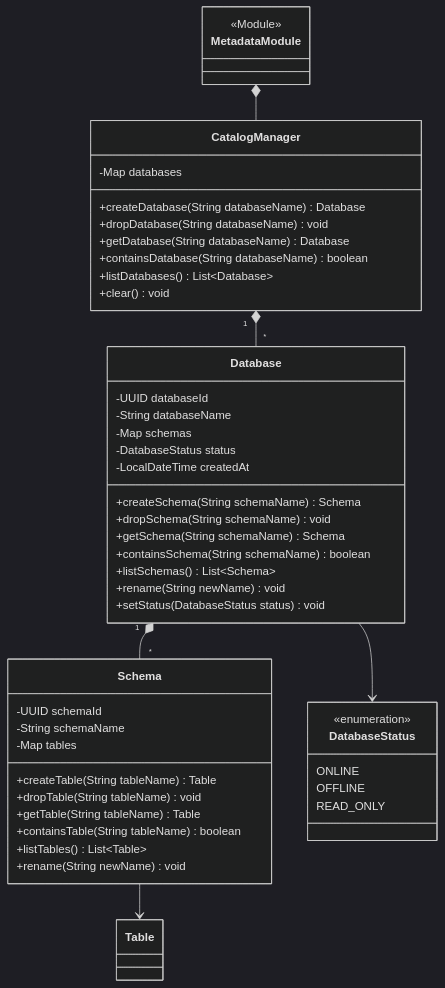
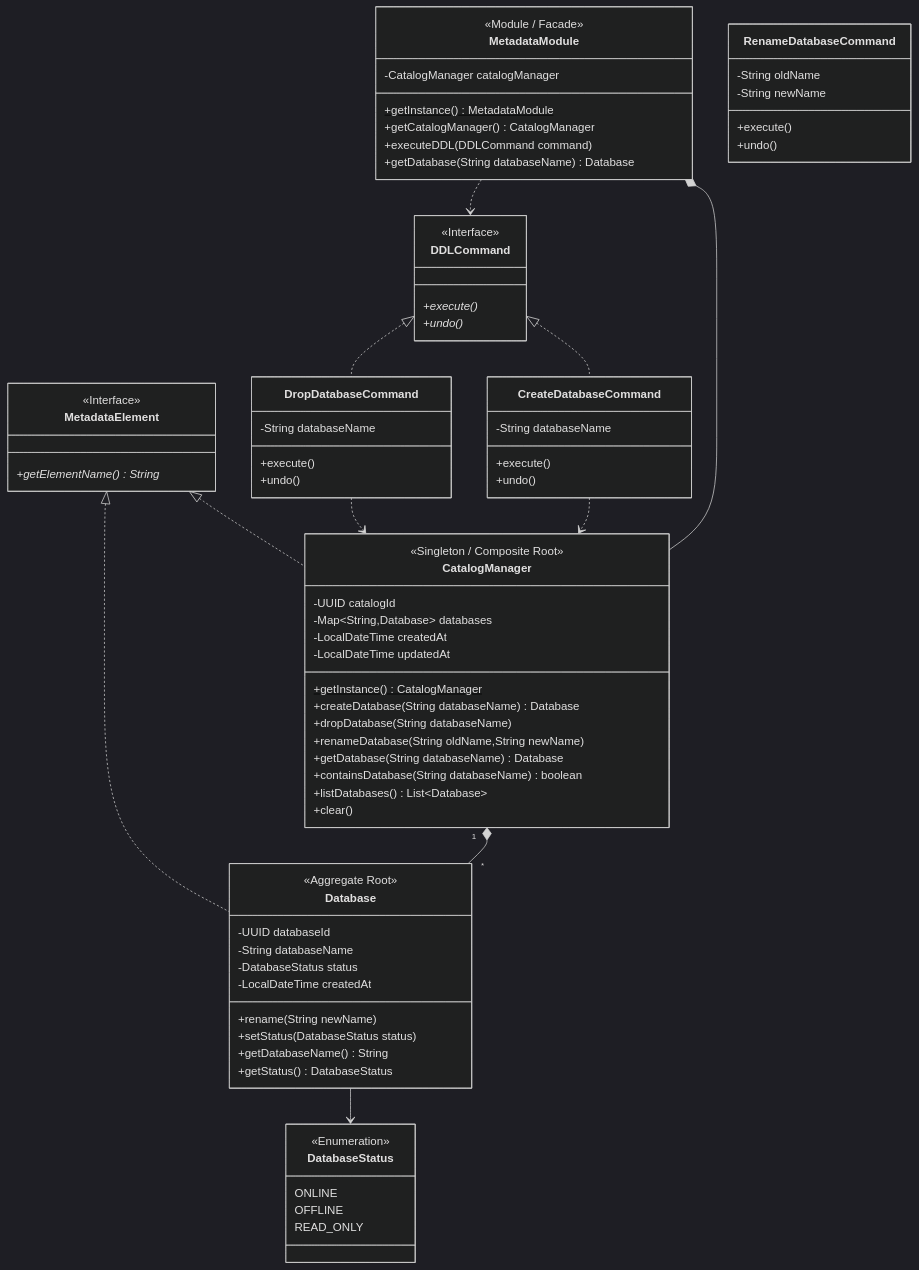
The diagram in docs/class_diagram/metadata/detail/Catalog.md (Dikhang1112/Database_Management_BBV), drawn with Mermaid (dark theme) before and after one commit. The commit also changed 7 other files, not shown here.

Commit message:
Implement class diagram for metadata - database object

````diff
--- a/docs/class_diagram/metadata/detail/Catalog.md
+++ b/docs/class_diagram/metadata/detail/Catalog.md
@@ -2,90 +2,137 @@
 classDiagram
     direction TD
 
-    %% =====================================================
-    %% METADATA MODULE
-    %% =====================================================
+%% =====================================================
+%% METADATA MODULE (FACADE)
+%% =====================================================
 
     class MetadataModule{
-        <<Module>>
-    }
+<<Module / Facade>>
 
-    %% =====================================================
-    %% CATALOG MANAGER
-    %% =====================================================
+-CatalogManager catalogManager
 
-    class CatalogManager{
-        -Map<String, Database> databases
++getInstance() MetadataModule$
++getCatalogManager() CatalogManager
++executeDDL(DDLCommand command)
++getDatabase(String databaseName) Database
+}
 
-        +createDatabase(String databaseName) Database
-        +dropDatabase(String databaseName) void
-        +getDatabase(String databaseName) Database
-        +containsDatabase(String databaseName) boolean
-        +listDatabases() List~Database~
-        +clear() void
-    }
+%% =====================================================
+%% CATALOG MANAGER (AGGREGATE ROOT)
+%% =====================================================
 
-    %% =====================================================
-    %% DATABASE
-    %% =====================================================
+class CatalogManager{
+<<Singleton / Composite Root>>
 
-    class Database{
-        -UUID databaseId
-        -String databaseName
-        -Map<String, Schema> schemas
-        -DatabaseStatus status
-        -LocalDateTime createdAt
+-UUID catalogId
+-Map~String,Database~ databases
+-LocalDateTime createdAt
+-LocalDateTime updatedAt
 
-        +createSchema(String schemaName) Schema
-        +dropSchema(String schemaName) void
-        +getSchema(String schemaName) Schema
-        +containsSchema(String schemaName) boolean
-        +listSchemas() List~Schema~
++getInstance() CatalogManager$
++createDatabase(String databaseName) Database
++dropDatabase(String databaseName)
++renameDatabase(String oldName,String newName)
++getDatabase(String databaseName) Database
++containsDatabase(String databaseName) boolean
++listDatabases() List~Database~
++clear()
+}
 
-        +rename(String newName) void
-        +setStatus(DatabaseStatus status) void
-    }
+%% =====================================================
+%% DATABASE (AGGREGATE REFERENCE)
+%% =====================================================
 
-    %% =====================================================
-    %% SCHEMA
-    %% =====================================================
+class Database{
+<<Aggregate Root>>
 
-    class Schema{
-        -UUID schemaId
-        -String schemaName
-        -Map<String, Table> tables
+-UUID databaseId
+-String databaseName
+-DatabaseStatus status
+-LocalDateTime createdAt
 
-        +createTable(String tableName) Table
-        +dropTable(String tableName) void
-        +getTable(String tableName) Table
-        +containsTable(String tableName) boolean
-        +listTables() List~Table~
++rename(String newName)
++setStatus(DatabaseStatus status)
++getDatabaseName() String
++getStatus() DatabaseStatus
+}
 
-        +rename(String newName) void
-    }
+%% =====================================================
+%% COMPOSITE
+%% =====================================================
 
-    %% =====================================================
-    %% ENUM
-    %% =====================================================
+class MetadataElement{
+<<Interface>>
 
-    class DatabaseStatus{
-        <<enumeration>>
-        ONLINE
-        OFFLINE
-        READ_ONLY
-    }
++getElementName() String*
+}
 
-    %% =====================================================
-    %% DEPENDENCIES
-    %% =====================================================
+%% =====================================================
+%% COMMAND PATTERN
+%% =====================================================
 
-    MetadataModule *-- CatalogManager
+class DDLCommand{
+<<Interface>>
 
-    CatalogManager "1" *-- "*" Database
++execute()*
++undo()*
+}
 
-    Database "1" *-- "*" Schema
+class CreateDatabaseCommand{
 
-    Schema --> Table
+-String databaseName
 
-    Database --> DatabaseStatus
++execute()
++undo()
+}
+
+class DropDatabaseCommand{
+
+-String databaseName
+
++execute()
++undo()
+}
+
+class RenameDatabaseCommand{
+
+-String oldName
+-String newName
+
++execute()
++undo()
+}
+
+%% =====================================================
+%% ENUM
+%% =====================================================
+
+class DatabaseStatus{
+<<Enumeration>>
+
+ONLINE
+OFFLINE
+READ_ONLY
+}
+
+%% =====================================================
+%% RELATIONSHIPS
+%% =====================================================
+
+MetadataModule *-- CatalogManager
+
+CatalogManager "1" *-- "*" Database
+
+MetadataElement <|.. CatalogManager
+MetadataElement <|.. Database
+
+Database --> DatabaseStatus
+
+DDLCommand <|.. CreateDatabaseCommand
+DDLCommand <|.. DropDatabaseCommand
+
+MetadataModule ..> DDLCommand
+
+CreateDatabaseCommand ..> CatalogManager
+DropDatabaseCommand ..> CatalogManager
 ```
````
